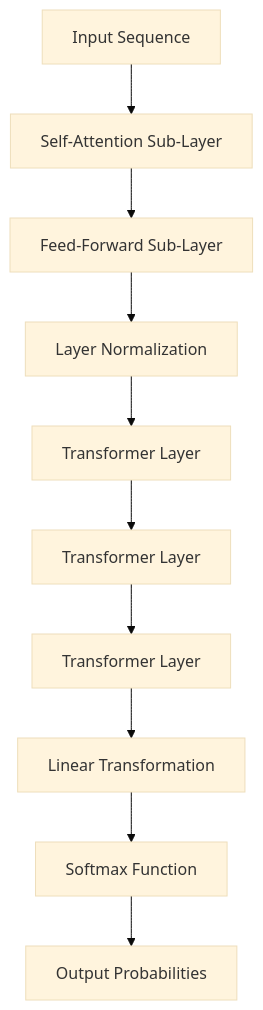
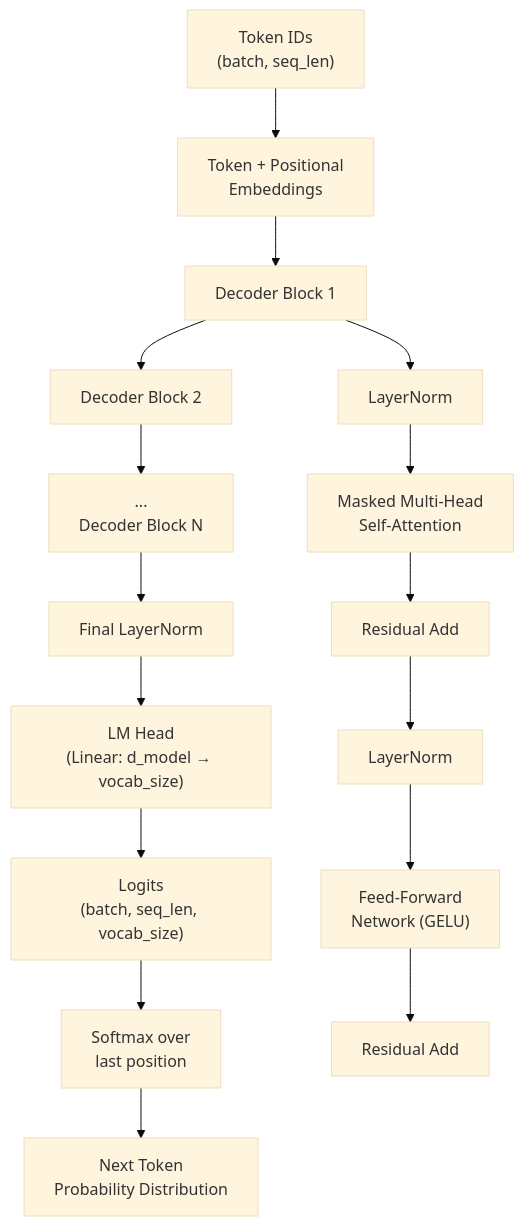
The first of 6 diagrams in topics/computing/ai/chatgpt_and_openai_apis/lesson_02_chatgpt_architecture.md (blebleblee/synapse), drawn with Mermaid (base theme) before and after one commit. The commit also changed other lines of this file and 6 other files, not shown here.

````diff
--- a/topics/computing/ai/chatgpt_and_openai_apis/lesson_02_chatgpt_architecture.md
+++ b/topics/computing/ai/chatgpt_and_openai_apis/lesson_02_chatgpt_architecture.md
@@ -78,12 +76,19 @@
 ```mermaid
 graph TD
-    A[Input Sequence] --> B[Self-Attention Sub-Layer]
-    B --> C[Feed-Forward Sub-Layer]
-    C --> D[Layer Normalization]
-    D --> E[Transformer Layer]
-    E --> F[Transformer Layer]
-    F --> G[Transformer Layer]
-    G --> H[Linear Transformation]
-    H --> I[Softmax Function]
-    I --> J[Output Probabilities]
+    A["Token IDs<br/>(batch, seq_len)"] --> B["Token + Positional<br/>Embeddings"]
+    B --> C["Decoder Block 1"]
+    C --> D["Decoder Block 2"]
+    D --> E["...<br/>Decoder Block N"]
+    E --> F["Final LayerNorm"]
+    F --> G["LM Head<br/>(Linear: d_model → vocab_size)"]
+    G --> H["Logits<br/>(batch, seq_len, vocab_size)"]
+    H --> I["Softmax over<br/>last position"]
+    I --> J["Next Token<br/>Probability Distribution"]
+
+    C --> C1["LayerNorm"]
+    C1 --> C2["Masked Multi-Head<br/>Self-Attention"]
+    C2 --> C3["Residual Add"]
+    C3 --> C4["LayerNorm"]
+    C4 --> C5["Feed-Forward<br/>Network (GELU)"]
+    C5 --> C6["Residual Add"]
 ```
````
